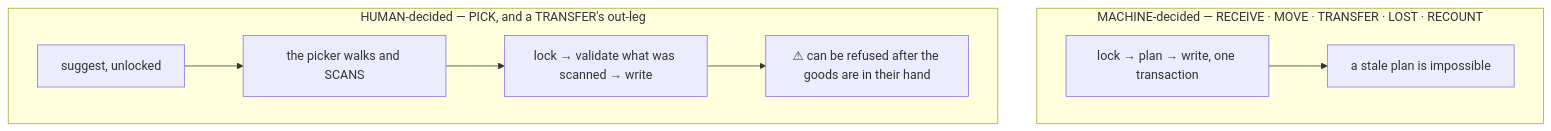
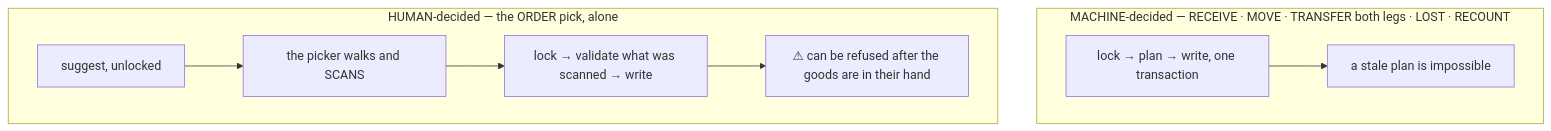
The tenth of 42 diagrams in disscuss/architecture/stock_movement_log.md (pdcgo/warehouse_revamp), drawn with Mermaid before and after one commit. The commit also changed other lines of this file and 28 other files, not shown here.

````diff
--- a/disscuss/architecture/stock_movement_log.md
+++ b/disscuss/architecture/stock_movement_log.md
@@ -516,11 +583,11 @@
 ```mermaid
 flowchart TD
-  subgraph M["MACHINE-decided — RECEIVE · MOVE · TRANSFER · LOST · RECOUNT"]
+  subgraph M["MACHINE-decided — RECEIVE · MOVE · TRANSFER both legs · LOST · RECOUNT"]
     M1["lock → plan → write, one transaction"] --> M2["a stale plan is impossible"]
   end
-  subgraph H["HUMAN-decided — PICK, and a TRANSFER's out-leg"]
+  subgraph H["HUMAN-decided — the ORDER pick, alone"]
     H1["suggest, unlocked"] --> H2["the picker walks and SCANS"]
     H2 --> H3["lock → validate what was scanned → write"]
     H3 --> H4["⚠ can be refused after the goods are in their hand"]
   end
 ```
````
